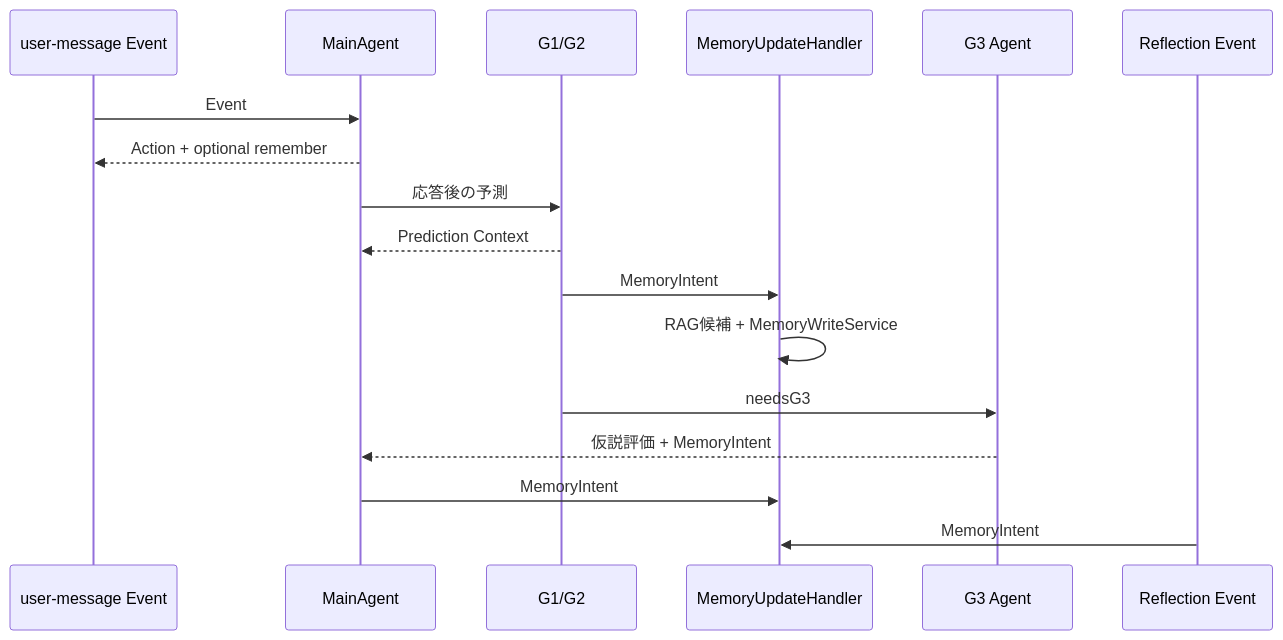
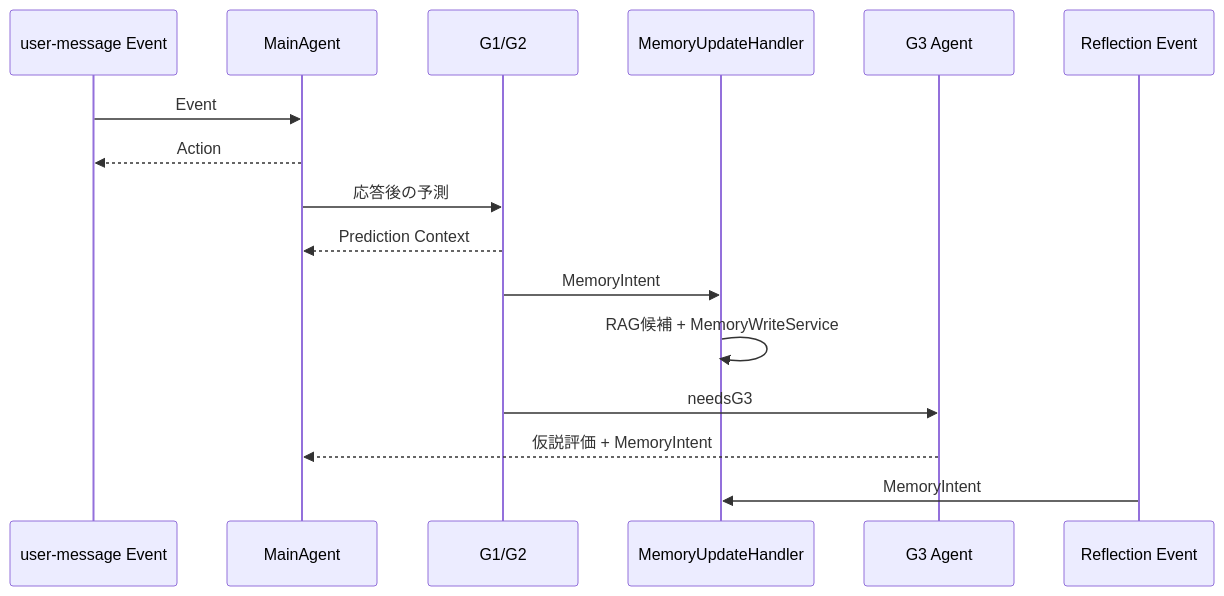
One commit to if001/social_agent changed the fourth of 7 diagrams in docs/AGENT_MOTIVATION_MODEL.md. Above: the diagram before and after it, drawn with Mermaid. The commit also changed other lines of this file and 31 other files, not shown here.

````diff
--- a/docs/AGENT_MOTIVATION_MODEL.md
+++ b/docs/AGENT_MOTIVATION_MODEL.md
@@ -185,20 +185,19 @@
 ```mermaid
 sequenceDiagram
     participant U as user-message Event
     participant C as MainAgent
     participant P as G1/G2
     participant MU as MemoryUpdateHandler
     participant G3 as G3 Agent
     participant R as Reflection Event
 
     U->>C: Event
-    C-->>U: Action + optional remember
+    C-->>U: Action
     C->>P: 応答後の予測
     P-->>C: Prediction Context
     P->>MU: MemoryIntent
     MU->>MU: RAG候補 + MemoryWriteService
     P->>G3: needsG3
     G3-->>C: 仮説評価 + MemoryIntent
-    C->>MU: MemoryIntent
     R->>MU: MemoryIntent
 ```
````
